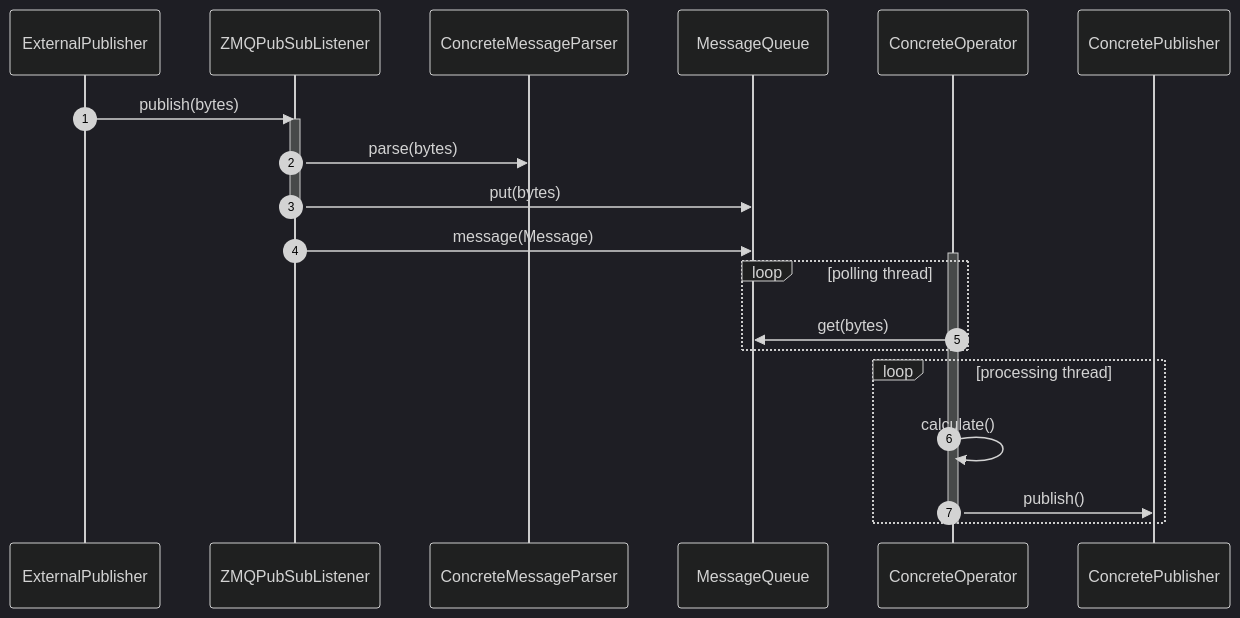
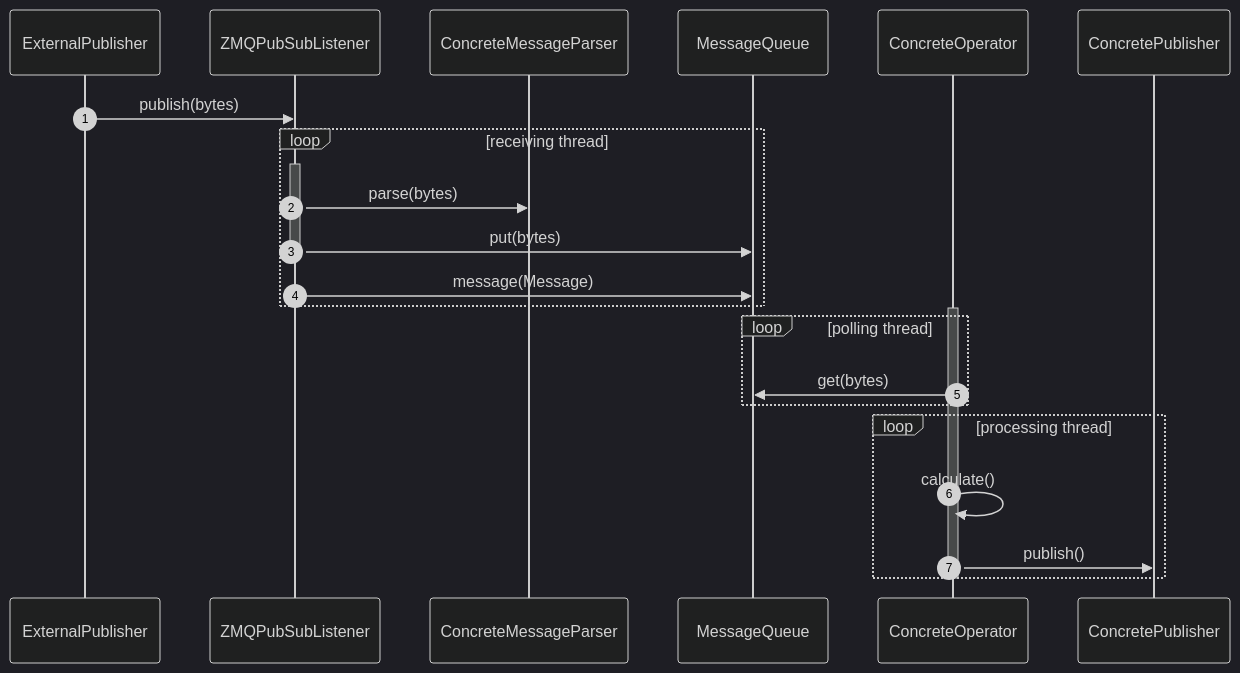
One commit to als-computing/arroyopy changed the second of 2 diagrams in README.md. Above: the diagram before and after it, drawn with Mermaid (dark theme).

Commit message:
add threads to sequence diagram

````diff
--- a/README.md
+++ b/README.md
@@ -103,25 +103,25 @@
 ```mermaid
 
 sequenceDiagram
     autonumber
     ExternalPublisher ->> ZMQPubSubListener: publish(bytes)
+    loop receiving thread
+        activate ZMQPubSubListener
+            ZMQPubSubListener ->> ConcreteMessageParser: parse(bytes)
+            ZMQPubSubListener ->> MessageQueue: put(bytes)
+        deactivate ZMQPubSubListener
 
-    activate ZMQPubSubListener
-        ZMQPubSubListener ->> ConcreteMessageParser: parse(bytes)
-        ZMQPubSubListener ->> MessageQueue: put(bytes)
-    deactivate ZMQPubSubListener
-
-    
-    ZMQPubSubListener ->> MessageQueue: message(Message)
-
+        
+        ZMQPubSubListener ->> MessageQueue: message(Message)
+    end
     activate ConcreteOperator
         loop polling thread
             ConcreteOperator ->> MessageQueue: get(bytes)
         end
         loop processing thread
             ConcreteOperator ->> ConcreteOperator: calculate()
         
             ConcreteOperator ->> ConcretePublisher: publish()
         end
     deactivate ConcreteOperator
 ```
````
